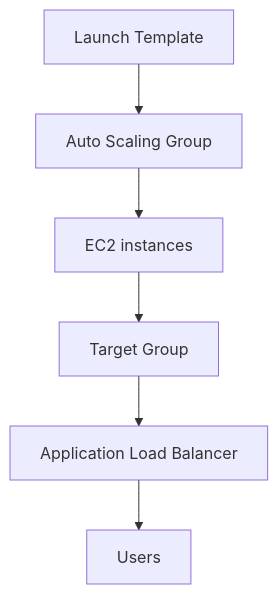
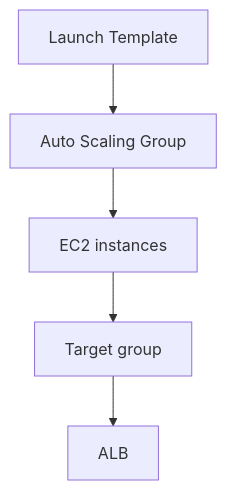
One commit to prakash16126/AWS-Documentation changed the third of 6 diagrams in README.md. Above: the diagram before and after it, drawn with Mermaid. The commit also changed other lines of this file, not shown here.

````diff
--- a/README.md
+++ b/README.md
@@ -931,8 +661,7 @@
 ```mermaid
 flowchart TD
     LT[Launch Template] --> ASG[Auto Scaling Group]
     ASG --> Instances[EC2 instances]
-    Instances --> TG[Target Group]
-    TG --> ALB[Application Load Balancer]
-    ALB --> Users[Users]
+    Instances --> TG[Target group]
+    TG --> ALB[ALB]
 ```
````
